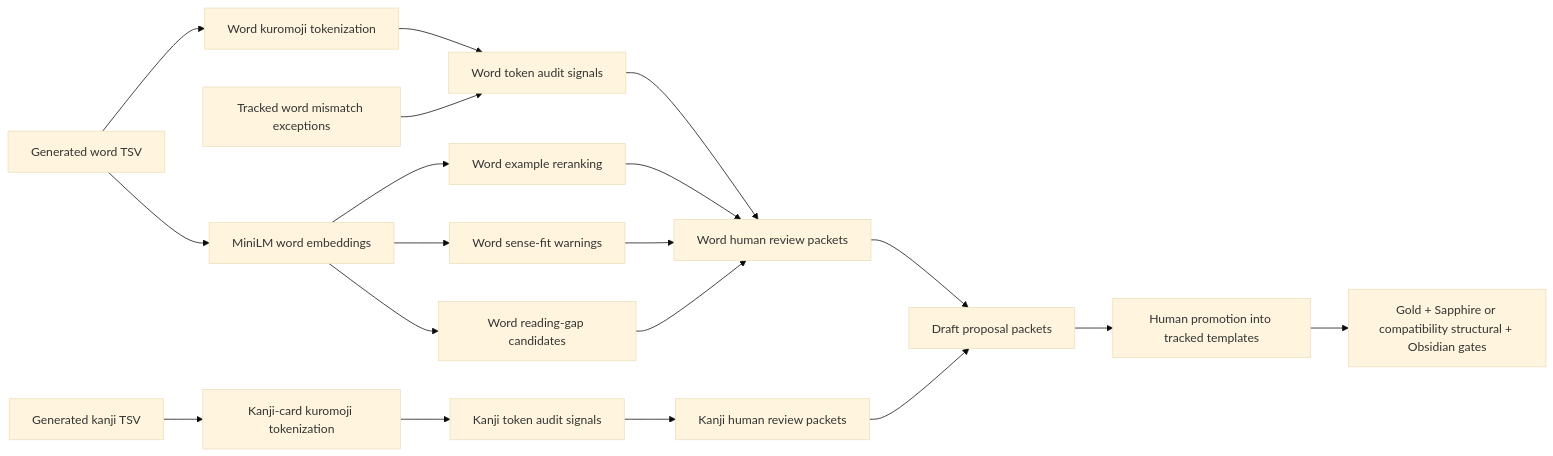
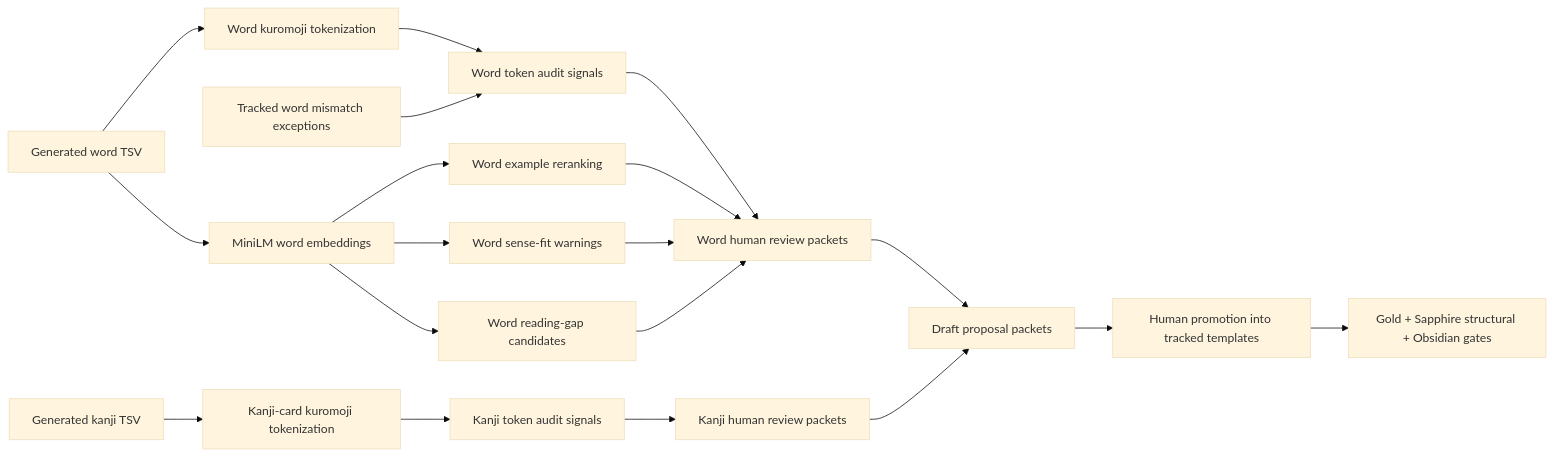
The second of 2 diagrams in README.md (JeremiahM18/japanese-kanji-anki-builder), drawn with Mermaid (base theme) before and after one commit. The commit also changed other lines of this file and 28 other files, not shown here.

````diff
--- a/README.md
+++ b/README.md
@@ -351,21 +352,21 @@
 ```mermaid
 flowchart LR
     A["Generated word TSV"] --> B["Word kuromoji tokenization"]
     A --> C["MiniLM word embeddings"]
     B --> D["Word token audit signals"]
     P["Tracked word mismatch exceptions"] --> D
     C --> E["Word example reranking"]
     C --> F["Word sense-fit warnings"]
     C --> G["Word reading-gap candidates"]
     D --> H["Word human review packets"]
     E --> H
     F --> H
     G --> H
     K["Generated kanji TSV"] --> L["Kanji-card kuromoji tokenization"]
     L --> M["Kanji token audit signals"]
     M --> N["Kanji human review packets"]
     H --> I["Draft proposal packets"]
     N --> I
     I --> J["Human promotion into tracked templates"]
-    J --> O["Gold + Sapphire or compatibility structural + Obsidian gates"]
+    J --> O["Gold + Sapphire structural + Obsidian gates"]
 ```
````
